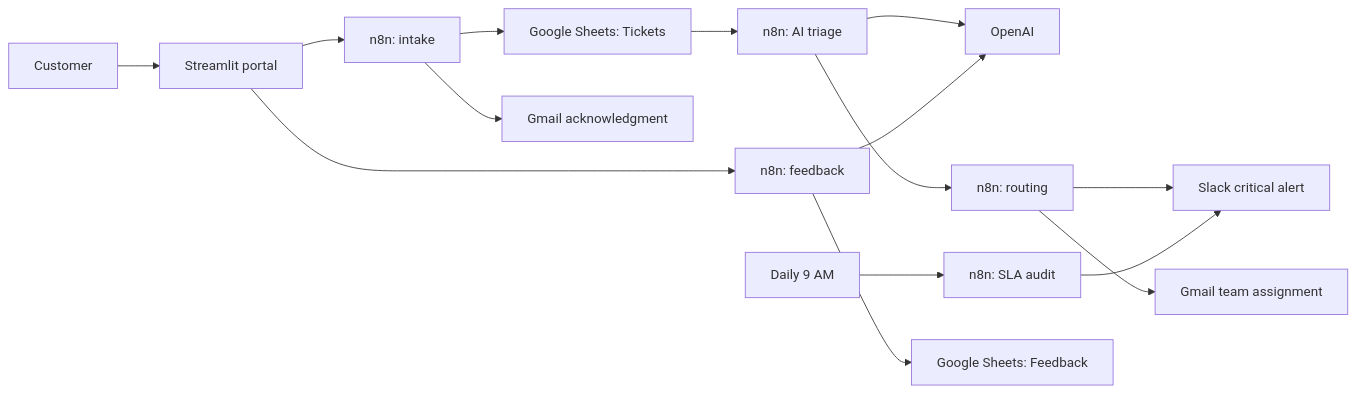
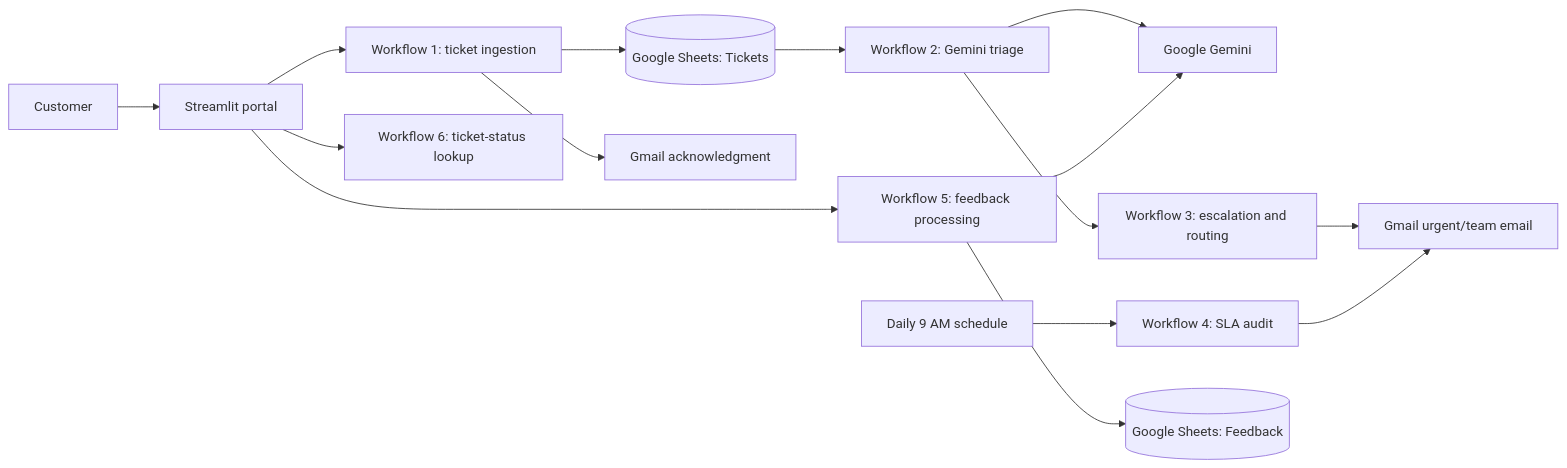
One commit to mismatch9827-wq/n8n-customer-support-automation changed the diagram in README.md. Above: the diagram before and after it, drawn with Mermaid. The commit also changed other lines of this file and 2 other files, not shown here.

````diff
--- a/README.md
+++ b/README.md
@@ -32,17 +20,17 @@
 ```mermaid
 flowchart LR
-    U[Customer] --> S[Streamlit portal]
-    S --> W1[n8n: intake]
-    W1 --> G[Google Sheets: Tickets]
-    W1 --> M[Gmail acknowledgment]
-    G --> W2[n8n: AI triage]
-    W2 --> O[OpenAI]
-    W2 --> W3[n8n: routing]
-    W3 --> SL[Slack critical alert]
-    W3 --> TM[Gmail team assignment]
-    C[Daily 9 AM] --> W4[n8n: SLA audit]
-    W4 --> SL
-    S --> W5[n8n: feedback]
-    W5 --> O
-    W5 --> F[Google Sheets: Feedback]
+    C[Customer] --> UI[Streamlit portal]
+    UI --> W1[Workflow 1: ticket ingestion]
+    W1 --> T[(Google Sheets: Tickets)]
+    W1 --> A[Gmail acknowledgment]
+    T --> W2[Workflow 2: Gemini triage]
+    W2 --> G[Google Gemini]
+    W2 --> W3[Workflow 3: escalation and routing]
+    W3 --> E[Gmail urgent/team email]
+    S[Daily 9 AM schedule] --> W4[Workflow 4: SLA audit]
+    W4 --> E
+    UI --> W5[Workflow 5: feedback processing]
+    W5 --> G
+    W5 --> F[(Google Sheets: Feedback)]
+    UI --> W6[Workflow 6: ticket-status lookup]
 ```
````
